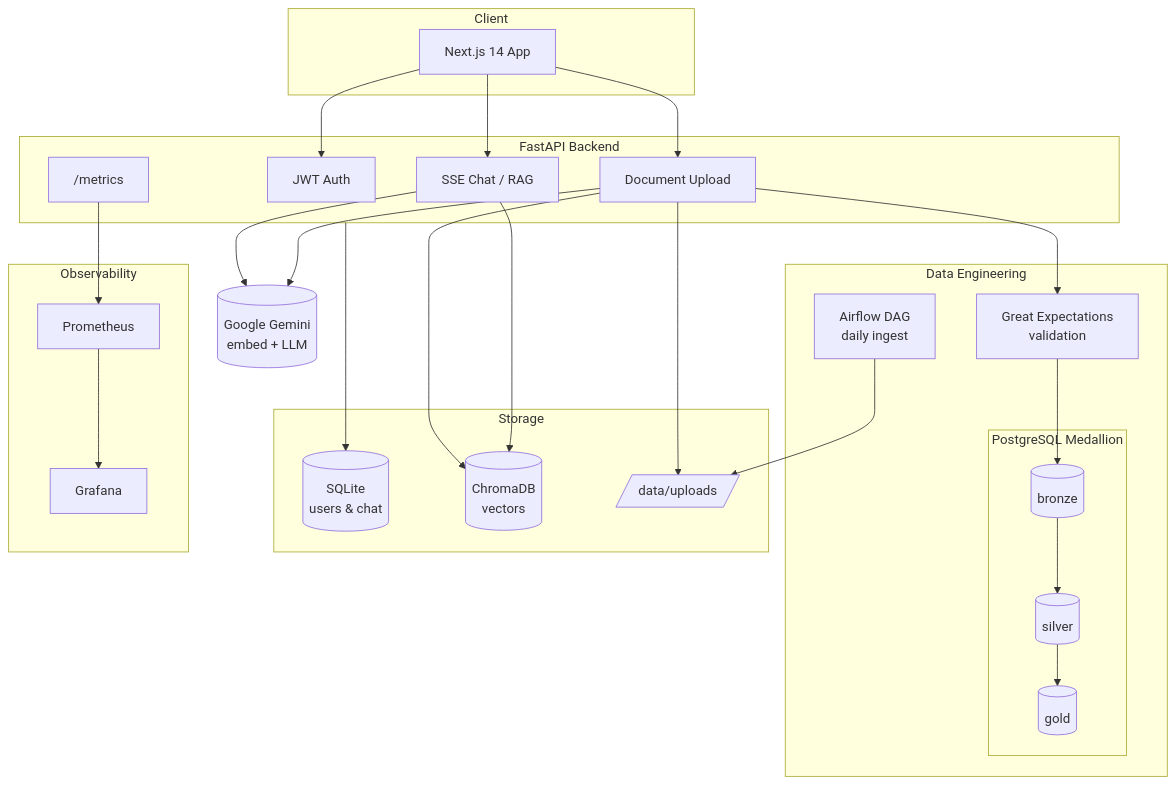
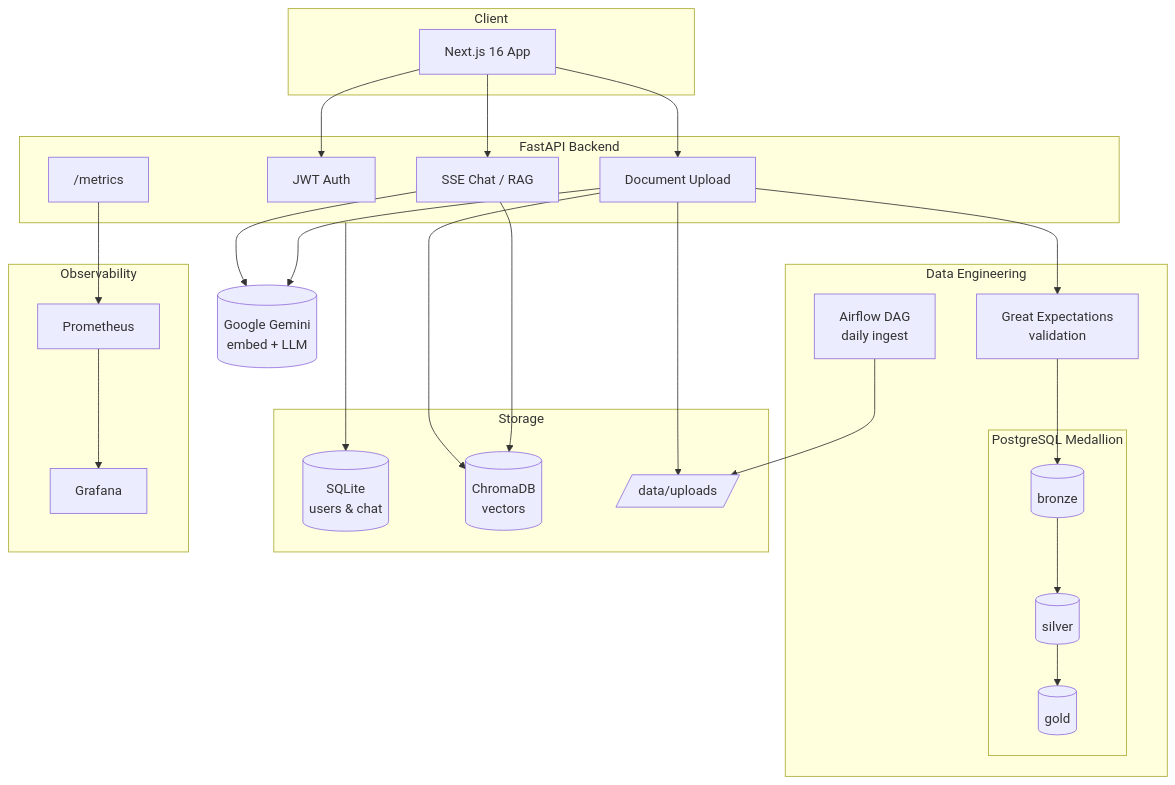
One commit to trandohaianh/RAG-AI- changed the second of 2 diagrams in README.md. Above: the diagram before and after it, drawn with Mermaid. The commit also changed other lines of this file and 315 other files, not shown here.

````diff
--- a/README.md
+++ b/README.md
@@ -58,51 +72,51 @@
 ```mermaid
 flowchart TB
     subgraph Client
-        UI[Next.js 14 App]
+        UI[Next.js 16 App]
     end
 
     subgraph API["FastAPI Backend"]
         Auth[JWT Auth]
         Chat[SSE Chat / RAG]
         Docs[Document Upload]
         Metrics["/metrics"]
     end
 
     subgraph DE["Data Engineering"]
         AF[Airflow DAG<br/>daily ingest]
         GE[Great Expectations<br/>validation]
         subgraph PG["PostgreSQL Medallion"]
             B[(bronze)]
             S[(silver)]
             G[(gold)]
         end
     end
 
     subgraph Storage
         SQLite[(SQLite<br/>users & chat)]
         Chroma[(ChromaDB<br/>vectors)]
         Files[/data/uploads/]
     end
 
     subgraph Observability
         Prom[Prometheus]
         Graf[Grafana]
     end
 
     Gemini[(Google Gemini<br/>embed + LLM)]
 
     UI --> Auth
     UI --> Chat
     UI --> Docs
     Docs --> GE
     GE --> B
     B --> S --> G
     AF --> Files
     Docs --> Files
     Docs --> Chroma
     Chat --> Chroma
     Chat --> Gemini
     Docs --> Gemini
     API --> SQLite
     Metrics --> Prom --> Graf
 ```
````
